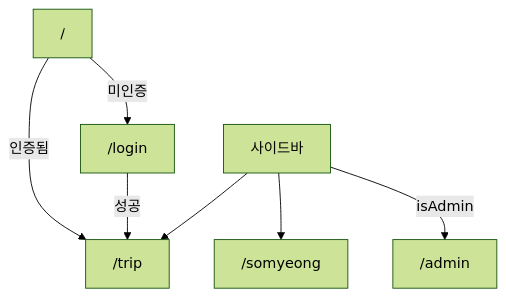
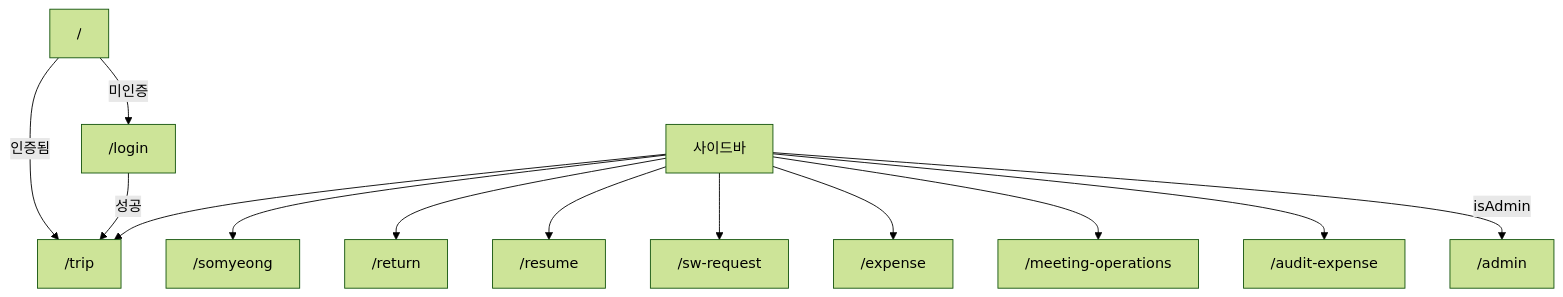
The third of 4 diagrams in README.md (jaehyunlee-iportfolio/school-team-fighting), drawn with Mermaid (forest theme) before and after one commit. The commit also changed other lines of this file, not shown here.

````diff
--- a/README.md
+++ b/README.md
@@ -103,9 +183,15 @@
 ```mermaid
 flowchart TD
-    Root["/"] -->|인증됨| TripPage["/trip"]
-    Root -->|미인증| LoginRedirect["/login"]
-    LoginRedirect -->|성공| TripPage
-    AppShell["사이드바"] --> TripPage
-    AppShell --> SomyeongPage["/somyeong"]
-    AppShell -->|isAdmin| AdminPage["/admin"]
+    Root["/"] -->|인증됨| Trip["/trip"]
+    Root -->|미인증| Login["/login"]
+    Login -->|성공| Trip
+    Shell["사이드바"] --> Trip
+    Shell --> Som["/somyeong"]
+    Shell --> Ret["/return"]
+    Shell --> Res["/resume"]
+    Shell --> Sw["/sw-request"]
+    Shell --> Exp["/expense"]
+    Shell --> Mtg["/meeting-operations"]
+    Shell --> Aud["/audit-expense"]
+    Shell -->|isAdmin| Adm["/admin"]
 ```
````
